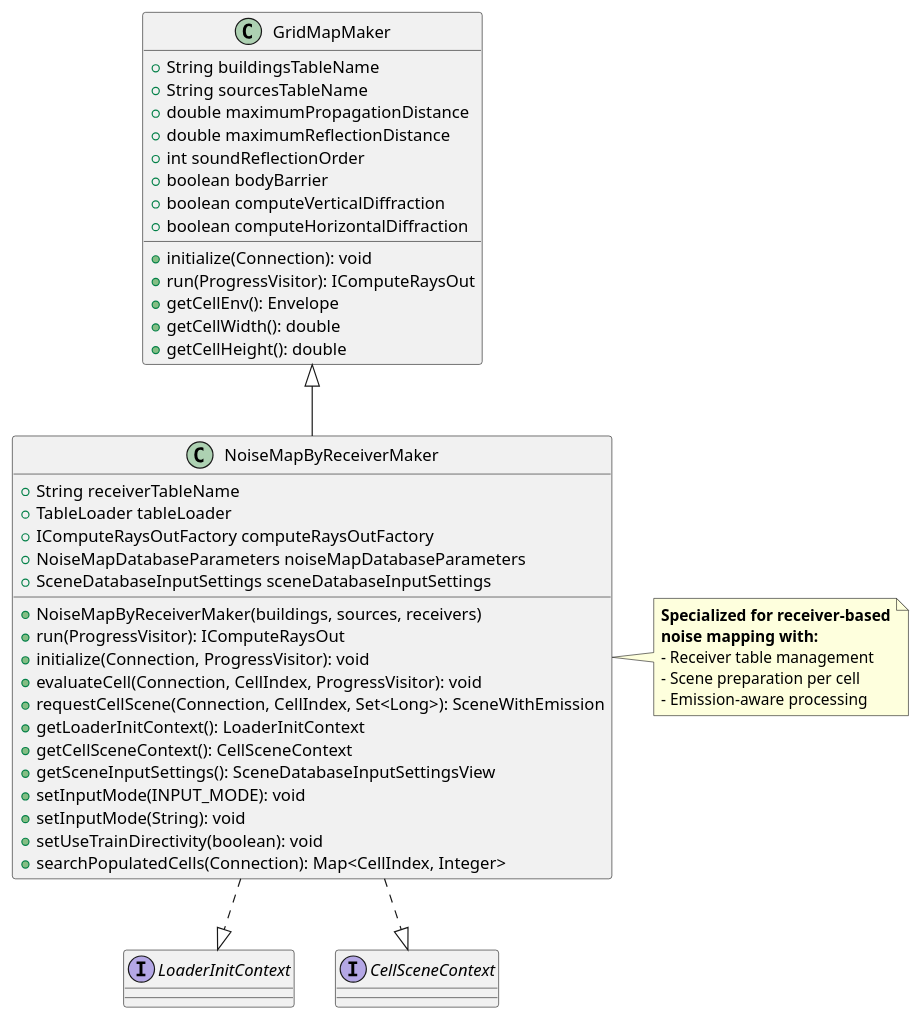
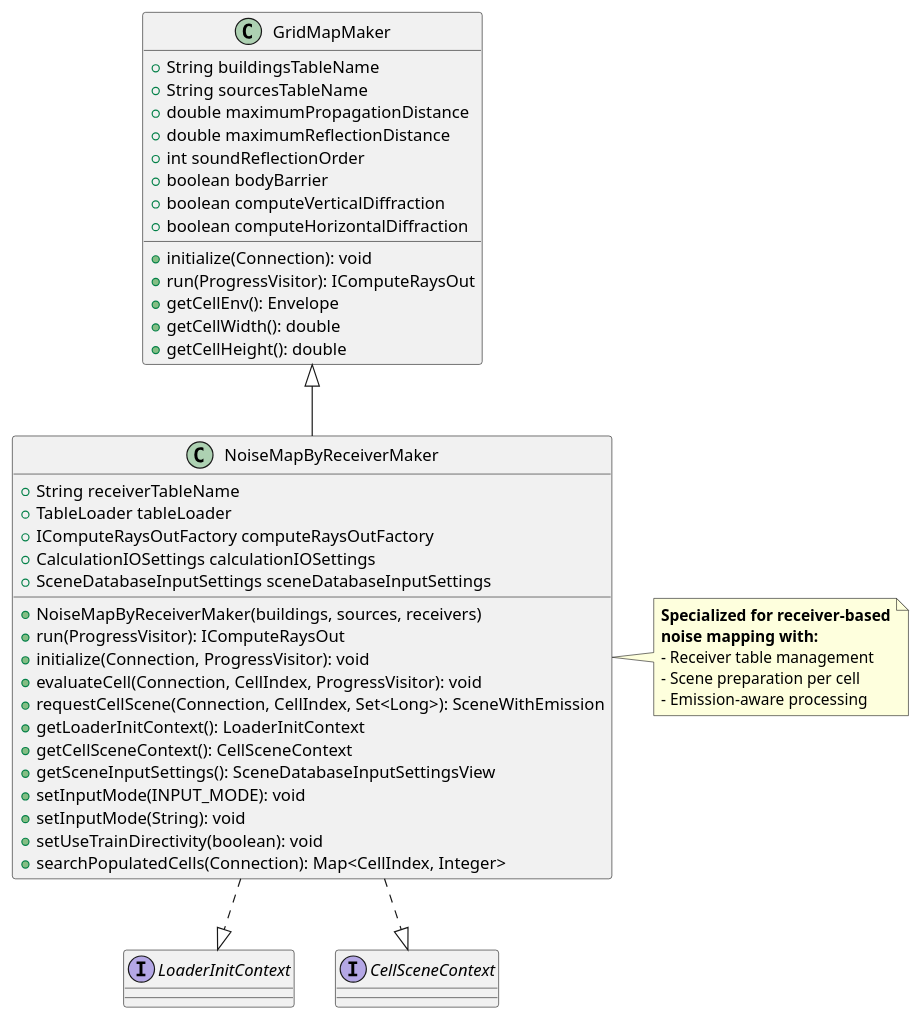
The first of 7 diagrams in Docs-dev/noisemapbyreceivermaker_algorithms.md (jtagusari/NoiseModelling), drawn with PlantUML before and after one commit. The commit also changed 35 other files, not shown here.

````diff
--- a/Docs-dev/noisemapbyreceivermaker_algorithms.md
+++ b/Docs-dev/noisemapbyreceivermaker_algorithms.md
@@ -47,56 +47,56 @@
 ```plantuml
 @startuml
 class GridMapMaker {
   + String buildingsTableName
   + String sourcesTableName
   + double maximumPropagationDistance
   + double maximumReflectionDistance
   + int soundReflectionOrder
   + boolean bodyBarrier
   + boolean computeVerticalDiffraction
   + boolean computeHorizontalDiffraction
   
   + initialize(Connection): void
   + run(ProgressVisitor): IComputeRaysOut
   + getCellEnv(): Envelope
   + getCellWidth(): double
   + getCellHeight(): double
 }
 
 class NoiseMapByReceiverMaker extends GridMapMaker {
   + String receiverTableName
   + TableLoader tableLoader
   + IComputeRaysOutFactory computeRaysOutFactory
-  + NoiseMapDatabaseParameters noiseMapDatabaseParameters
+  + CalculationIOSettings calculationIOSettings
   + SceneDatabaseInputSettings sceneDatabaseInputSettings
   
   + NoiseMapByReceiverMaker(buildings, sources, receivers)
   + run(ProgressVisitor): IComputeRaysOut
   + initialize(Connection, ProgressVisitor): void
   + evaluateCell(Connection, CellIndex, ProgressVisitor): void
   + requestCellScene(Connection, CellIndex, Set<Long>): SceneWithEmission
   + getLoaderInitContext(): LoaderInitContext
   + getCellSceneContext(): CellSceneContext
   + getSceneInputSettings(): SceneDatabaseInputSettingsView
   + setInputMode(INPUT_MODE): void
   + setInputMode(String): void
   + setUseTrainDirectivity(boolean): void
   + searchPopulatedCells(Connection): Map<CellIndex, Integer>
 }
 
 interface LoaderInitContext
 interface CellSceneContext
 
 NoiseMapByReceiverMaker ..|> LoaderInitContext
 NoiseMapByReceiverMaker ..|> CellSceneContext
 
 
 note right of NoiseMapByReceiverMaker
   **Specialized for receiver-based**
   **noise mapping with:**
   - Receiver table management
   - Scene preparation per cell
   - Emission-aware processing
 end note
 @enduml
 ```
````
